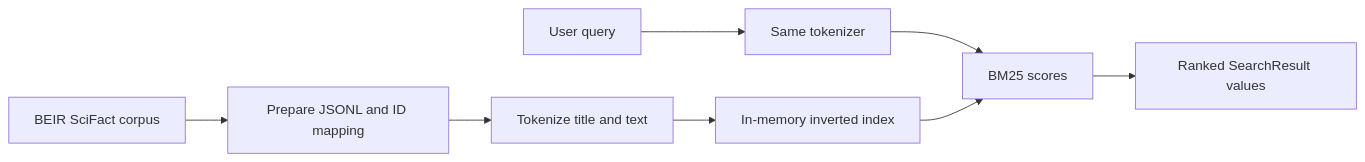
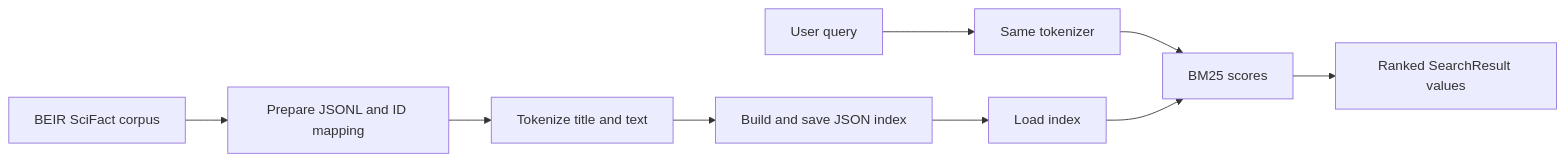
The diagram in docs/index.md (jacobkasimir/StrataJanus-IR), drawn with Mermaid before and after one commit. The commit also changed other lines of this file and 7 other files, not shown here.

Commit message:
ready lexical search engine - build once, save, reuse

````diff
--- a/docs/index.md
+++ b/docs/index.md
@@ -23,10 +23,11 @@
 ```mermaid
 flowchart LR
     A[BEIR SciFact corpus] --> B[Prepare JSONL and ID mapping]
     B --> C[Tokenize title and text]
-    C --> D[In-memory inverted index]
+    C --> D[Build and save JSON index]
     Q[User query] --> E[Same tokenizer]
     E --> F[BM25 scores]
-    D --> F
+    D --> L[Load index]
+    L --> F
     F --> G[Ranked SearchResult values]
 ```
````
